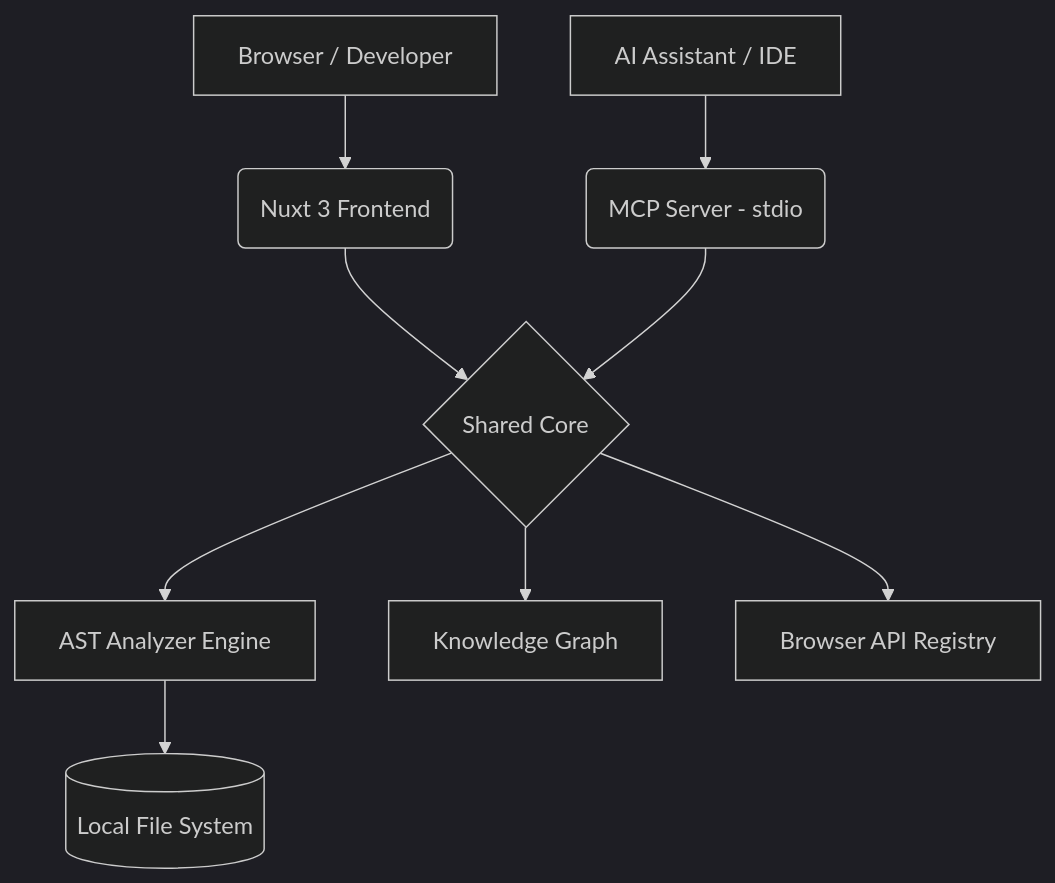
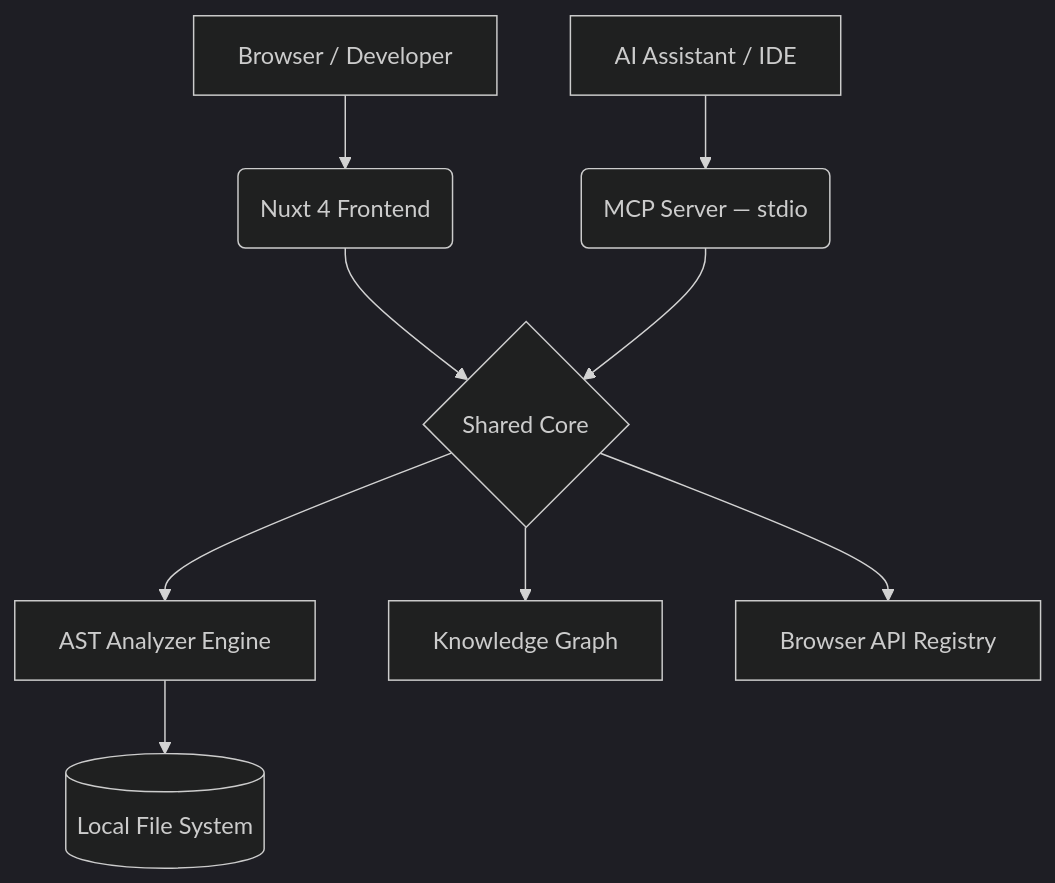
Before and after one commit to smg99/frontend-performance-lab: the diagram in README.md, drawn with Mermaid (dark theme). The commit also changed other lines of this file and 1 other file, not shown here.

````diff
--- a/README.md
+++ b/README.md
@@ -127,14 +103,14 @@
 ```mermaid
 graph TD
-    A[Browser / Developer] --> B(Nuxt 3 Frontend)
-    C[AI Assistant / IDE] --> D(MCP Server - stdio)
-    
+    A[Browser / Developer] --> B(Nuxt 4 Frontend)
+    C[AI Assistant / IDE] --> D(MCP Server — stdio)
+
     B --> E{Shared Core}
     D --> E
-    
+
     E --> F[AST Analyzer Engine]
     E --> G[Knowledge Graph]
     E --> H[Browser API Registry]
-    
+
     F --> I[(Local File System)]
 ```
````
